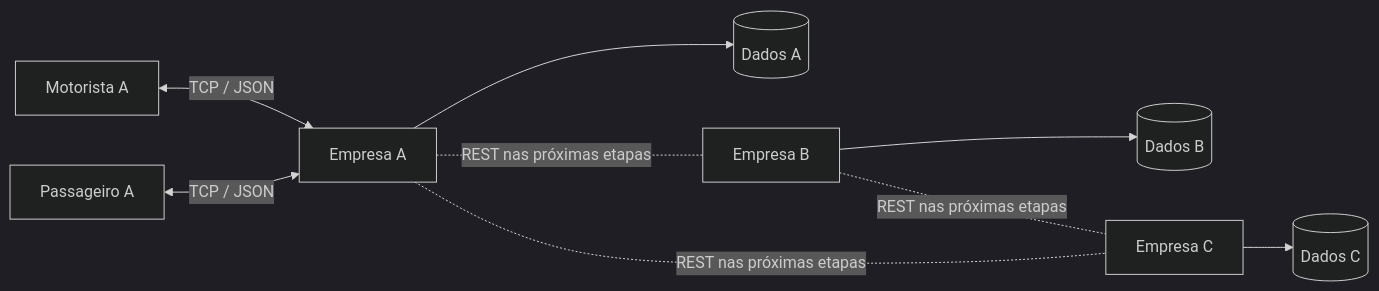
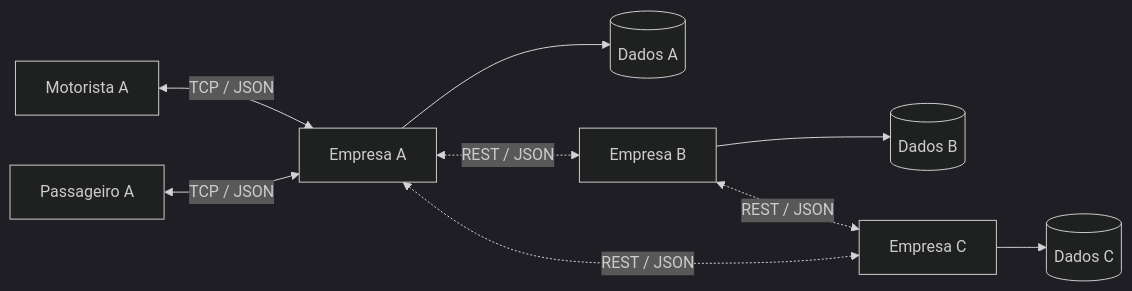
One commit to matheusrodrrgues/vaijunto2 changed the diagram in README.md. Above: the diagram before and after it, drawn with Mermaid (dark theme). The commit also changed other lines of this file and 11 other files, not shown here.

````diff
--- a/README.md
+++ b/README.md
@@ -46,11 +47,11 @@
 ```mermaid
 flowchart LR
     MA[Motorista A] <-->|TCP / JSON| A[Empresa A]
     PA[Passageiro A] <-->|TCP / JSON| A
     A --> DA[(Dados A)]
     B[Empresa B] --> DB[(Dados B)]
     C[Empresa C] --> DC[(Dados C)]
-    A -. REST nas próximas etapas .- B
-    B -. REST nas próximas etapas .- C
-    A -. REST nas próximas etapas .- C
+    A <-. REST / JSON .-> B
+    B <-. REST / JSON .-> C
+    A <-. REST / JSON .-> C
 ```
````
